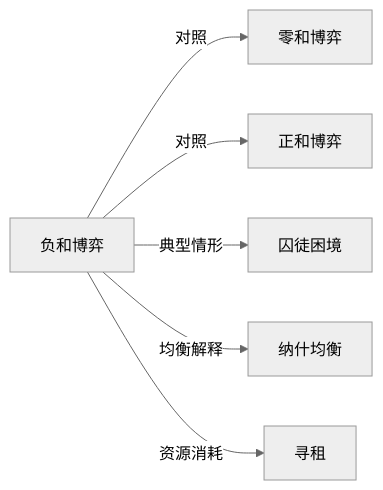
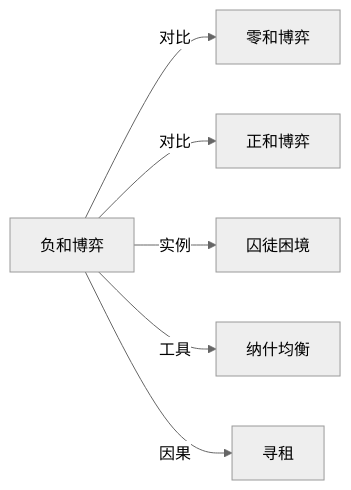
Before and after one commit to KIMMCHOW/MyKnowledge: the diagram in Knowledge/Concepts/经济/负和博弈.md, drawn with Mermaid (neutral theme). The commit also changed 95 other files, not shown here.

Commit message:
reorganize: 统一关系图边标签为11类

````diff
--- a/Knowledge/Concepts/经济/负和博弈.md
+++ b/Knowledge/Concepts/经济/负和博弈.md
@@ -46,8 +46,8 @@
 ```mermaid
 graph LR
-负和博弈 -->|对照| 零和博弈
-负和博弈 -->|对照| 正和博弈
-负和博弈 -->|典型情形| 囚徒困境
-负和博弈 -->|均衡解释| 纳什均衡
-负和博弈 -->|资源消耗| 寻租
+负和博弈 -->|对比| 零和博弈
+负和博弈 -->|对比| 正和博弈
+负和博弈 -->|实例| 囚徒困境
+负和博弈 -->|工具| 纳什均衡
+负和博弈 -->|因果| 寻租
 ```
````
